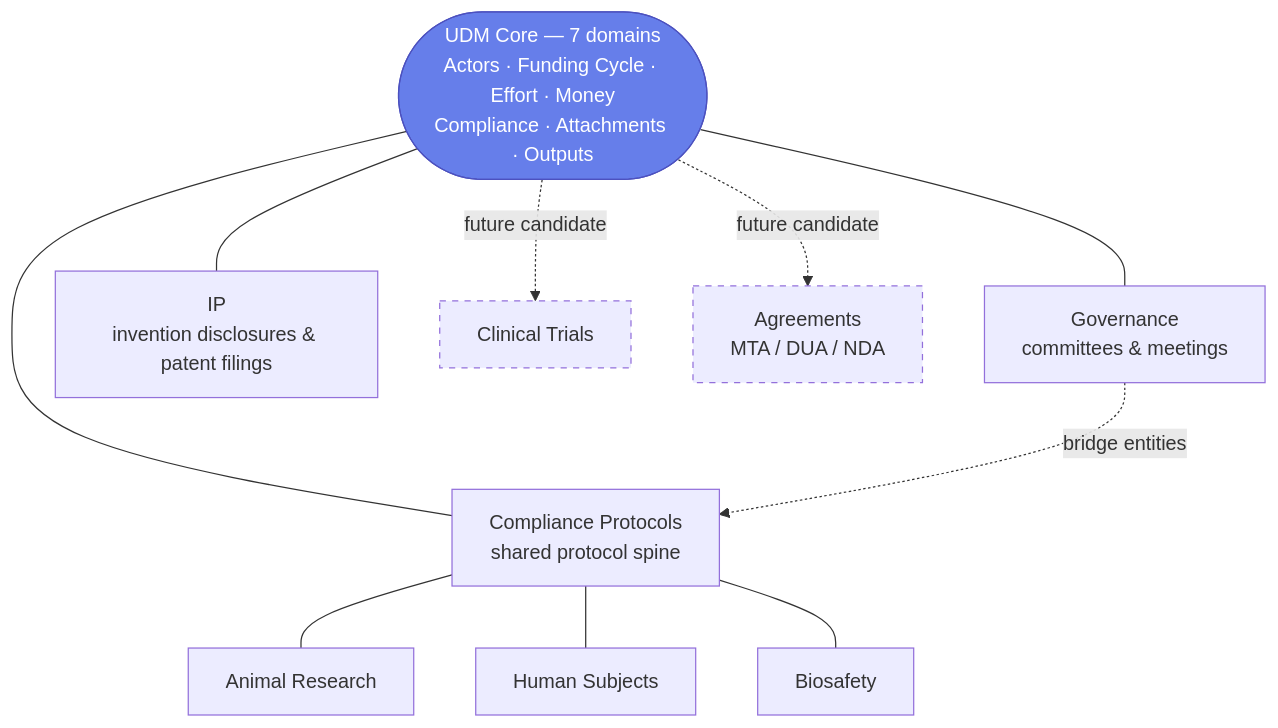
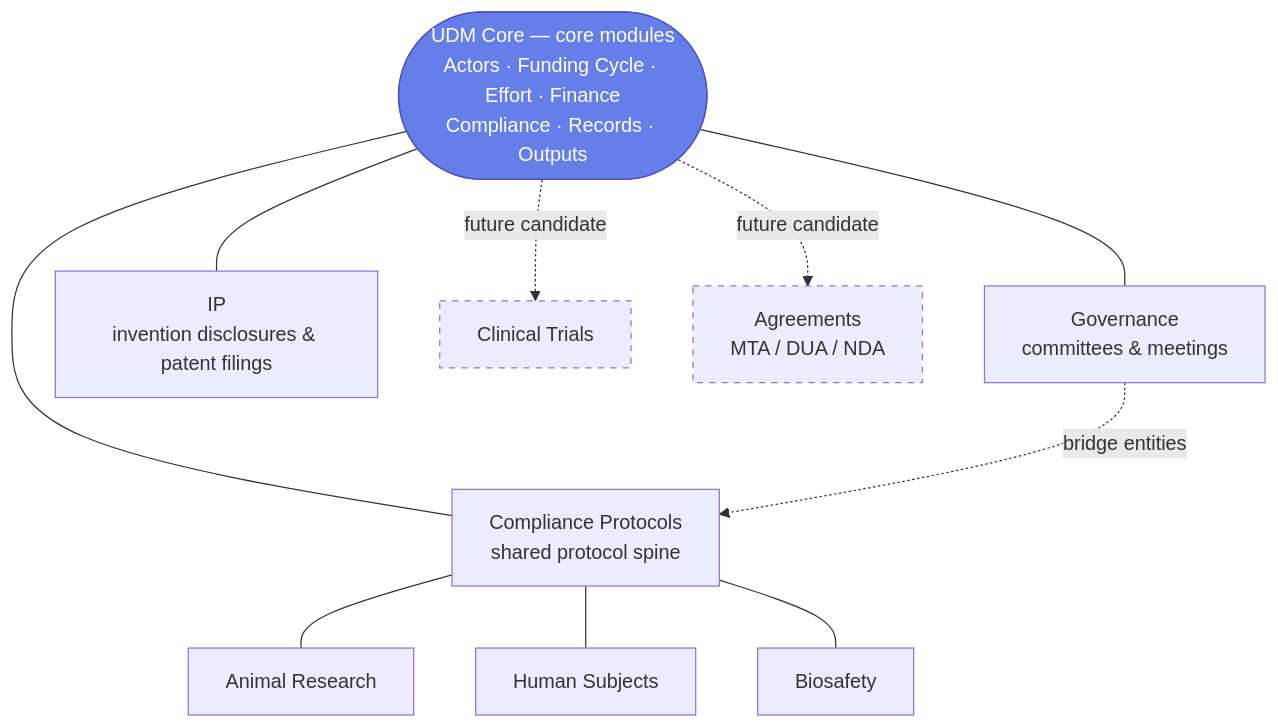
Before and after one commit to ui-insight/AI4RA-UDM: the first of 2 diagrams in README.md, drawn with Mermaid. The commit also changed other lines of this file and 14 other files, not shown here.

````diff
--- a/README.md
+++ b/README.md
@@ -195,26 +196,26 @@
 ```mermaid
 graph TD
-    CORE(["UDM Core — 7 domains<br/>Actors · Funding Cycle · Effort · Money<br/>Compliance · Attachments · Outputs"])
+    CORE(["UDM Core — core modules<br/>Actors · Funding Cycle · Effort · Finance<br/>Compliance · Records · Outputs"])
     CP["Compliance Protocols<br/>shared protocol spine"]
     AR["Animal Research"]
     HS["Human Subjects"]
     BIO["Biosafety"]
     GOV["Governance<br/>committees & meetings"]
     IP["IP<br/>invention disclosures & patent filings"]
     CT["Clinical Trials"]
     AGR["Agreements<br/>MTA / DUA / NDA"]
 
     CORE --- CP
     CP --- AR
     CP --- HS
     CP --- BIO
     CORE --- GOV
     CORE --- IP
     CORE -.->|future candidate| CT
     CORE -.->|future candidate| AGR
     GOV -.->|bridge entities| CP
 
     style CORE fill:#667eea,color:#fff,stroke:#4c51bf
     style CT stroke-dasharray: 5 5
     style AGR stroke-dasharray: 5 5
 ```
````
